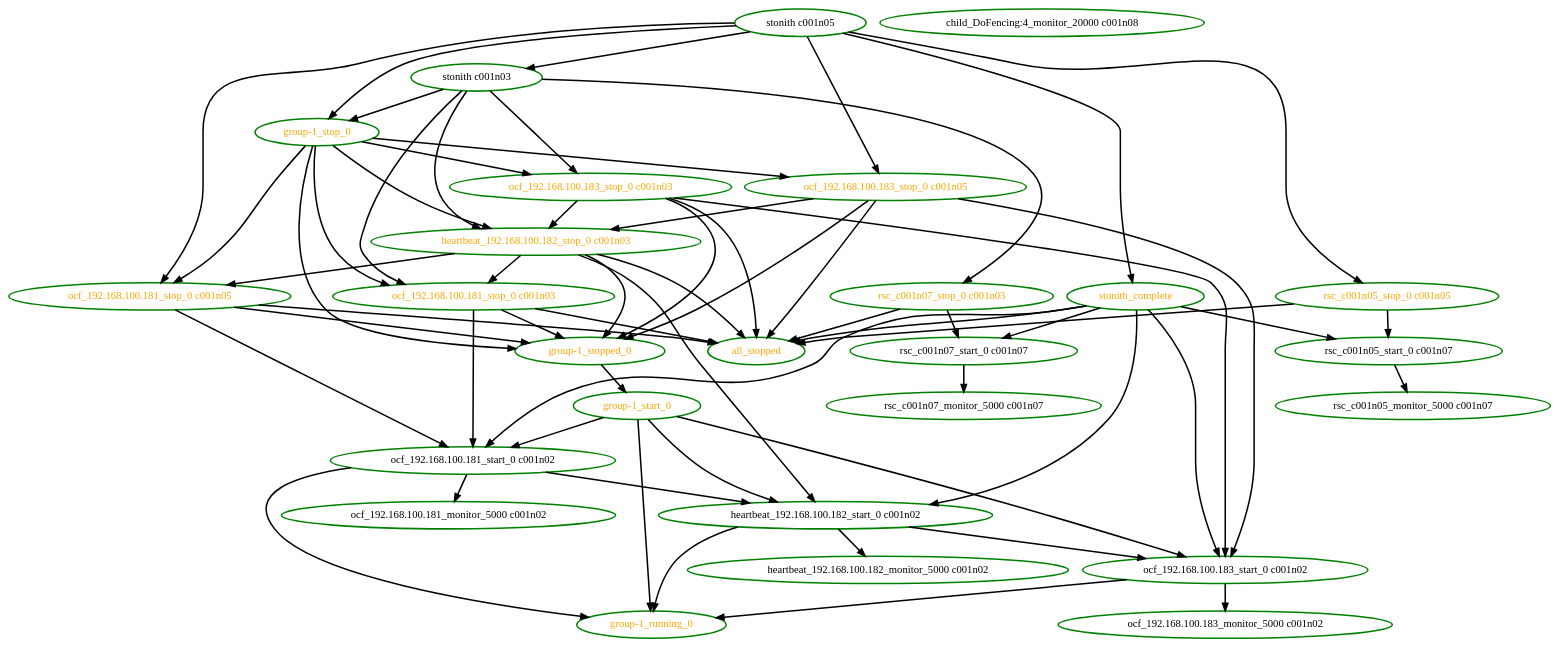
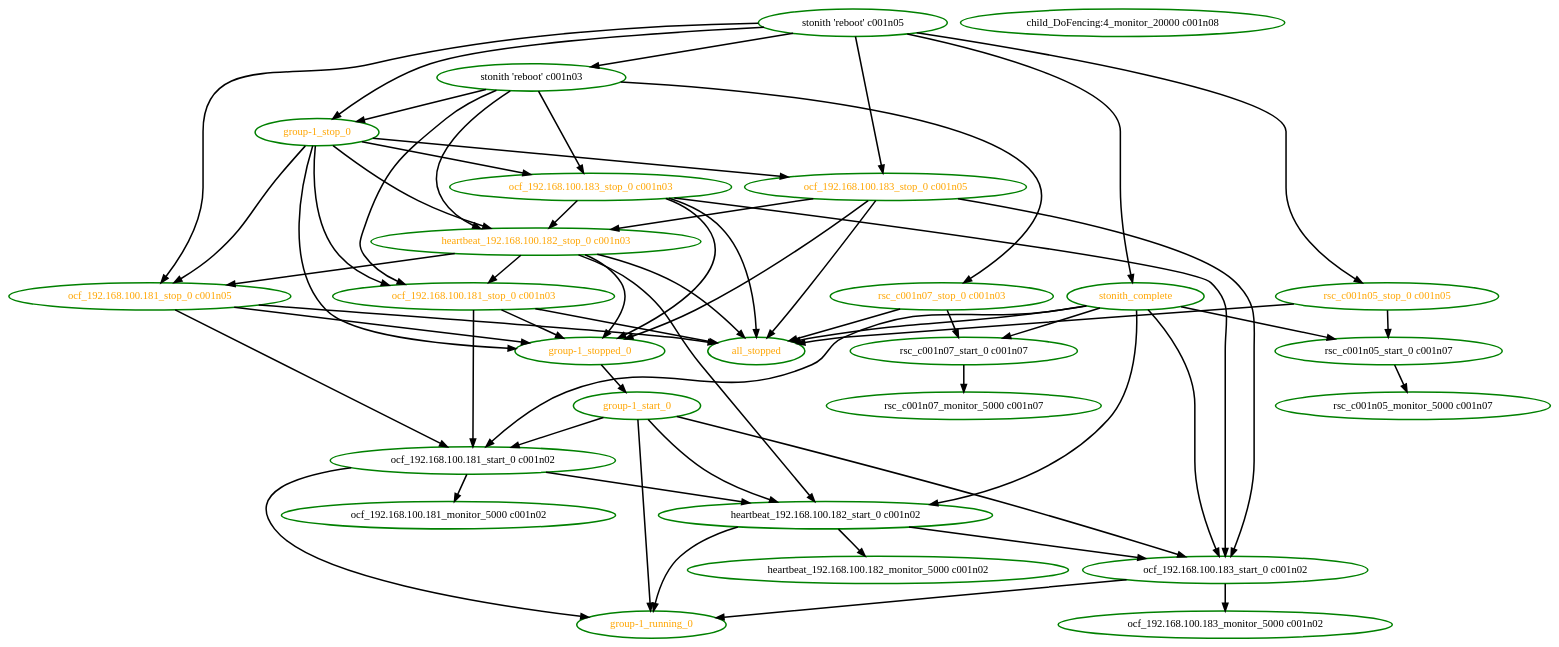
One commit to ClusterLabs/pacemaker changed the diagram in pengine/test10/stonith-0.dot. Above: the diagram before and after it, drawn with Graphviz. The commit also changed 51 other files, not shown here.

Commit message:
Test: PE: Include stonith operation in .dot graph regression test results

```diff
--- a/pengine/test10/stonith-0.dot
+++ b/pengine/test10/stonith-0.dot
@@ -1,89 +1,89 @@
 digraph "g" {
 "all_stopped" [ style=bold color="green" fontcolor="orange" ]
 "child_DoFencing:4_monitor_20000 c001n08" [ style=bold color="green" fontcolor="black" ]
 "group-1_running_0" [ style=bold color="green" fontcolor="orange" ]
 "group-1_start_0" -> "group-1_running_0" [ style = bold]
 "group-1_start_0" -> "heartbeat_192.168.100.182_start_0 c001n02" [ style = bold]
 "group-1_start_0" -> "ocf_192.168.100.181_start_0 c001n02" [ style = bold]
 "group-1_start_0" -> "ocf_192.168.100.183_start_0 c001n02" [ style = bold]
 "group-1_start_0" [ style=bold color="green" fontcolor="orange" ]
 "group-1_stop_0" -> "group-1_stopped_0" [ style = bold]
 "group-1_stop_0" -> "heartbeat_192.168.100.182_stop_0 c001n03" [ style = bold]
 "group-1_stop_0" -> "ocf_192.168.100.181_stop_0 c001n03" [ style = bold]
 "group-1_stop_0" -> "ocf_192.168.100.181_stop_0 c001n05" [ style = bold]
 "group-1_stop_0" -> "ocf_192.168.100.183_stop_0 c001n03" [ style = bold]
 "group-1_stop_0" -> "ocf_192.168.100.183_stop_0 c001n05" [ style = bold]
 "group-1_stop_0" [ style=bold color="green" fontcolor="orange" ]
 "group-1_stopped_0" -> "group-1_start_0" [ style = bold]
 "group-1_stopped_0" [ style=bold color="green" fontcolor="orange" ]
 "heartbeat_192.168.100.182_monitor_5000 c001n02" [ style=bold color="green" fontcolor="black" ]
 "heartbeat_192.168.100.182_start_0 c001n02" -> "group-1_running_0" [ style = bold]
 "heartbeat_192.168.100.182_start_0 c001n02" -> "heartbeat_192.168.100.182_monitor_5000 c001n02" [ style = bold]
 "heartbeat_192.168.100.182_start_0 c001n02" -> "ocf_192.168.100.183_start_0 c001n02" [ style = bold]
 "heartbeat_192.168.100.182_start_0 c001n02" [ style=bold color="green" fontcolor="black" ]
 "heartbeat_192.168.100.182_stop_0 c001n03" -> "all_stopped" [ style = bold]
 "heartbeat_192.168.100.182_stop_0 c001n03" -> "group-1_stopped_0" [ style = bold]
 "heartbeat_192.168.100.182_stop_0 c001n03" -> "heartbeat_192.168.100.182_start_0 c001n02" [ style = bold]
 "heartbeat_192.168.100.182_stop_0 c001n03" -> "ocf_192.168.100.181_stop_0 c001n03" [ style = bold]
 "heartbeat_192.168.100.182_stop_0 c001n03" -> "ocf_192.168.100.181_stop_0 c001n05" [ style = bold]
 "heartbeat_192.168.100.182_stop_0 c001n03" [ style=bold color="green" fontcolor="orange" ]
 "ocf_192.168.100.181_monitor_5000 c001n02" [ style=bold color="green" fontcolor="black" ]
 "ocf_192.168.100.181_start_0 c001n02" -> "group-1_running_0" [ style = bold]
 "ocf_192.168.100.181_start_0 c001n02" -> "heartbeat_192.168.100.182_start_0 c001n02" [ style = bold]
 "ocf_192.168.100.181_start_0 c001n02" -> "ocf_192.168.100.181_monitor_5000 c001n02" [ style = bold]
 "ocf_192.168.100.181_start_0 c001n02" [ style=bold color="green" fontcolor="black" ]
 "ocf_192.168.100.181_stop_0 c001n03" -> "all_stopped" [ style = bold]
 "ocf_192.168.100.181_stop_0 c001n03" -> "group-1_stopped_0" [ style = bold]
 "ocf_192.168.100.181_stop_0 c001n03" -> "ocf_192.168.100.181_start_0 c001n02" [ style = bold]
 "ocf_192.168.100.181_stop_0 c001n03" [ style=bold color="green" fontcolor="orange" ]
 "ocf_192.168.100.181_stop_0 c001n05" -> "all_stopped" [ style = bold]
 "ocf_192.168.100.181_stop_0 c001n05" -> "group-1_stopped_0" [ style = bold]
 "ocf_192.168.100.181_stop_0 c001n05" -> "ocf_192.168.100.181_start_0 c001n02" [ style = bold]
 "ocf_192.168.100.181_stop_0 c001n05" [ style=bold color="green" fontcolor="orange" ]
 "ocf_192.168.100.183_monitor_5000 c001n02" [ style=bold color="green" fontcolor="black" ]
 "ocf_192.168.100.183_start_0 c001n02" -> "group-1_running_0" [ style = bold]
 "ocf_192.168.100.183_start_0 c001n02" -> "ocf_192.168.100.183_monitor_5000 c001n02" [ style = bold]
 "ocf_192.168.100.183_start_0 c001n02" [ style=bold color="green" fontcolor="black" ]
 "ocf_192.168.100.183_stop_0 c001n03" -> "all_stopped" [ style = bold]
 "ocf_192.168.100.183_stop_0 c001n03" -> "group-1_stopped_0" [ style = bold]
 "ocf_192.168.100.183_stop_0 c001n03" -> "heartbeat_192.168.100.182_stop_0 c001n03" [ style = bold]
 "ocf_192.168.100.183_stop_0 c001n03" -> "ocf_192.168.100.183_start_0 c001n02" [ style = bold]
 "ocf_192.168.100.183_stop_0 c001n03" [ style=bold color="green" fontcolor="orange" ]
 "ocf_192.168.100.183_stop_0 c001n05" -> "all_stopped" [ style = bold]
 "ocf_192.168.100.183_stop_0 c001n05" -> "group-1_stopped_0" [ style = bold]
 "ocf_192.168.100.183_stop_0 c001n05" -> "heartbeat_192.168.100.182_stop_0 c001n03" [ style = bold]
 "ocf_192.168.100.183_stop_0 c001n05" -> "ocf_192.168.100.183_start_0 c001n02" [ style = bold]
 "ocf_192.168.100.183_stop_0 c001n05" [ style=bold color="green" fontcolor="orange" ]
 "rsc_c001n05_monitor_5000 c001n07" [ style=bold color="green" fontcolor="black" ]
 "rsc_c001n05_start_0 c001n07" -> "rsc_c001n05_monitor_5000 c001n07" [ style = bold]
 "rsc_c001n05_start_0 c001n07" [ style=bold color="green" fontcolor="black" ]
 "rsc_c001n05_stop_0 c001n05" -> "all_stopped" [ style = bold]
 "rsc_c001n05_stop_0 c001n05" -> "rsc_c001n05_start_0 c001n07" [ style = bold]
 "rsc_c001n05_stop_0 c001n05" [ style=bold color="green" fontcolor="orange" ]
 "rsc_c001n07_monitor_5000 c001n07" [ style=bold color="green" fontcolor="black" ]
 "rsc_c001n07_start_0 c001n07" -> "rsc_c001n07_monitor_5000 c001n07" [ style = bold]
 "rsc_c001n07_start_0 c001n07" [ style=bold color="green" fontcolor="black" ]
 "rsc_c001n07_stop_0 c001n03" -> "all_stopped" [ style = bold]
 "rsc_c001n07_stop_0 c001n03" -> "rsc_c001n07_start_0 c001n07" [ style = bold]
 "rsc_c001n07_stop_0 c001n03" [ style=bold color="green" fontcolor="orange" ]
-"stonith c001n03" -> "group-1_stop_0" [ style = bold]
-"stonith c001n03" -> "heartbeat_192.168.100.182_stop_0 c001n03" [ style = bold]
-"stonith c001n03" -> "ocf_192.168.100.181_stop_0 c001n03" [ style = bold]
-"stonith c001n03" -> "ocf_192.168.100.183_stop_0 c001n03" [ style = bold]
-"stonith c001n03" -> "rsc_c001n07_stop_0 c001n03" [ style = bold]
-"stonith c001n03" [ style=bold color="green" fontcolor="black" ]
-"stonith c001n05" -> "group-1_stop_0" [ style = bold]
-"stonith c001n05" -> "ocf_192.168.100.181_stop_0 c001n05" [ style = bold]
-"stonith c001n05" -> "ocf_192.168.100.183_stop_0 c001n05" [ style = bold]
-"stonith c001n05" -> "rsc_c001n05_stop_0 c001n05" [ style = bold]
-"stonith c001n05" -> "stonith c001n03" [ style = bold]
-"stonith c001n05" -> "stonith_complete" [ style = bold]
-"stonith c001n05" [ style=bold color="green" fontcolor="black" ]
+"stonith 'reboot' c001n03" -> "group-1_stop_0" [ style = bold]
+"stonith 'reboot' c001n03" -> "heartbeat_192.168.100.182_stop_0 c001n03" [ style = bold]
+"stonith 'reboot' c001n03" -> "ocf_192.168.100.181_stop_0 c001n03" [ style = bold]
+"stonith 'reboot' c001n03" -> "ocf_192.168.100.183_stop_0 c001n03" [ style = bold]
+"stonith 'reboot' c001n03" -> "rsc_c001n07_stop_0 c001n03" [ style = bold]
+"stonith 'reboot' c001n03" [ style=bold color="green" fontcolor="black"]
+"stonith 'reboot' c001n05" -> "group-1_stop_0" [ style = bold]
+"stonith 'reboot' c001n05" -> "ocf_192.168.100.181_stop_0 c001n05" [ style = bold]
+"stonith 'reboot' c001n05" -> "ocf_192.168.100.183_stop_0 c001n05" [ style = bold]
+"stonith 'reboot' c001n05" -> "rsc_c001n05_stop_0 c001n05" [ style = bold]
+"stonith 'reboot' c001n05" -> "stonith 'reboot' c001n03" [ style = bold]
+"stonith 'reboot' c001n05" -> "stonith_complete" [ style = bold]
+"stonith 'reboot' c001n05" [ style=bold color="green" fontcolor="black"]
 "stonith_complete" -> "all_stopped" [ style = bold]
 "stonith_complete" -> "heartbeat_192.168.100.182_start_0 c001n02" [ style = bold]
 "stonith_complete" -> "ocf_192.168.100.181_start_0 c001n02" [ style = bold]
 "stonith_complete" -> "ocf_192.168.100.183_start_0 c001n02" [ style = bold]
 "stonith_complete" -> "rsc_c001n05_start_0 c001n07" [ style = bold]
 "stonith_complete" -> "rsc_c001n07_start_0 c001n07" [ style = bold]
 "stonith_complete" [ style=bold color="green" fontcolor="orange" ]
 }
```
